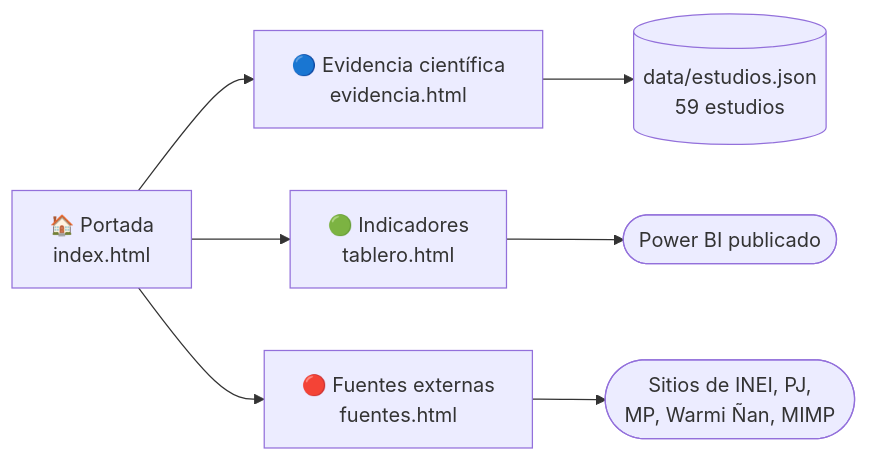
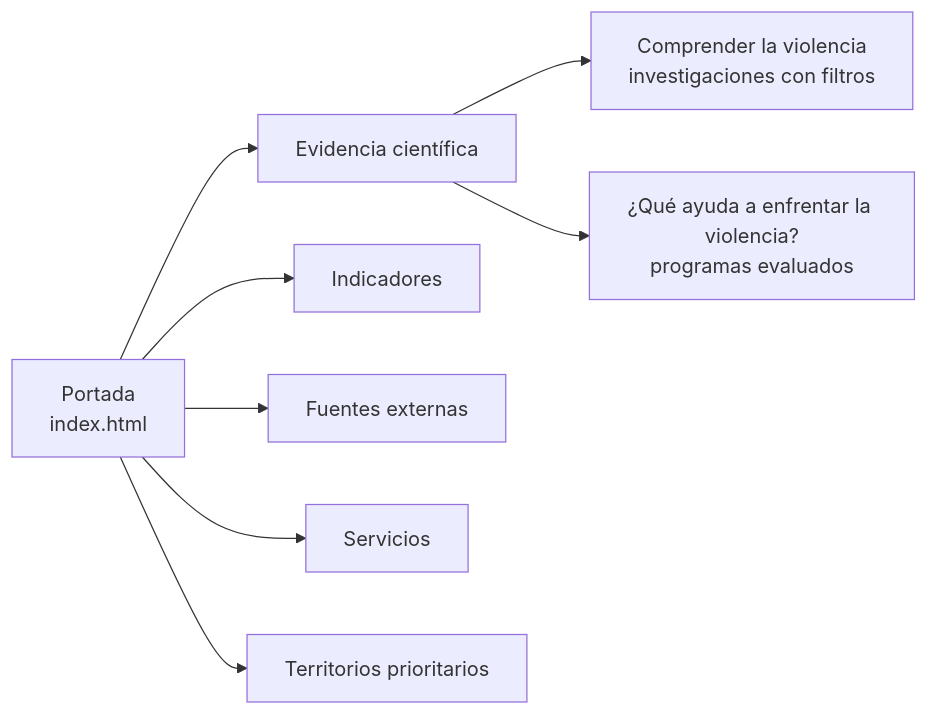
One commit to aotero1703/mapa-evidencias-mimp changed the first of 2 diagrams in README.md. Above: the diagram before and after it, drawn with Mermaid. The commit also changed other lines of this file and 3 other files, not shown here.

First line of the commit message:
Sincroniza el repositorio con el sitio: README actualizado, generador con los cambios hechos en evidencia.html y base de estudios protegida

````diff
--- a/README.md
+++ b/README.md
@@ -50,9 +51,10 @@
 ```mermaid
 flowchart LR
-    P["🏠 Portada<br/>index.html"] --> E["🔵 Evidencia científica<br/>evidencia.html"]
-    P --> T["🟢 Indicadores<br/>tablero.html"]
-    P --> F["🔴 Fuentes externas<br/>fuentes.html"]
-    E --> D[("data/estudios.json<br/>59 estudios")]
-    T --> PB(["Power BI publicado"])
-    F --> X(["Sitios de INEI, PJ,<br/>MP, Warmi Ñan, MIMP"])
+    P["Portada<br/>index.html"] --> E["Evidencia científica"]
+    P --> T["Indicadores"]
+    P --> F["Fuentes externas"]
+    P --> S["Servicios"]
+    P --> R["Territorios prioritarios"]
+    E --> C["Comprender la violencia<br/>investigaciones con filtros"]
+    E --> Q["¿Qué ayuda a enfrentar la violencia?<br/>programas evaluados"]
 ```
````
